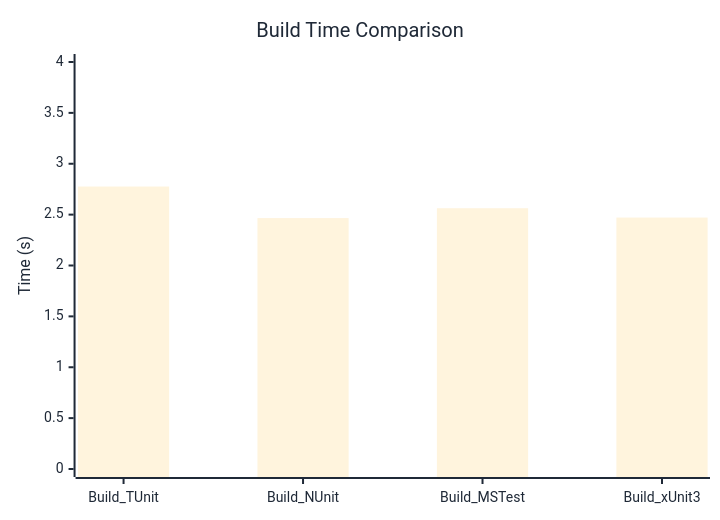
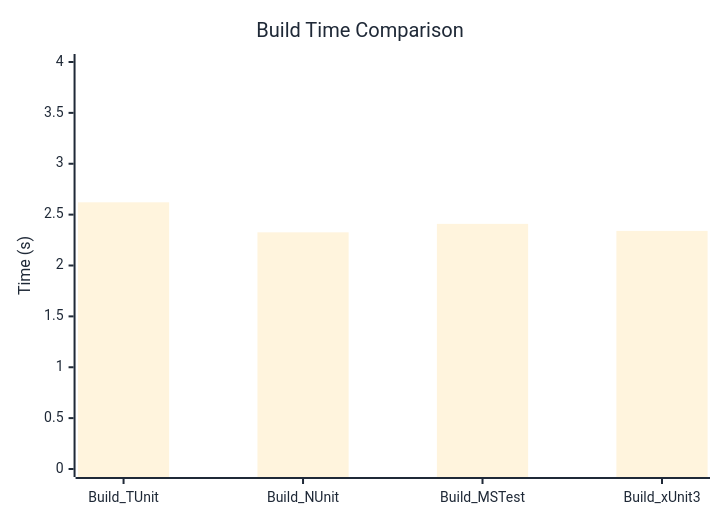
One commit to thomhurst/TUnit changed the diagram in docs/docs/benchmarks/BuildTime.md. Above: the diagram before and after it, drawn with Mermaid. The commit also changed other lines of this file and 17 other files, not shown here.

````diff
--- a/docs/docs/benchmarks/BuildTime.md
+++ b/docs/docs/benchmarks/BuildTime.md
@@ -28,37 +28,37 @@
 ```mermaid
 %%{init: {
   'theme':'base',
   'themeVariables': {
     'primaryColor': '#2563eb',
     'primaryTextColor': '#1f2937',
     'primaryBorderColor': '#1e40af',
     'lineColor': '#6b7280',
     'secondaryColor': '#7c3aed',
     'tertiaryColor': '#dc2626',
     'background': '#ffffff',
     'mainBkg': '#2563eb',
     'secondBkg': '#7c3aed',
     'tertiaryBkg': '#dc2626',
     'clusterBkg': '#f3f4f6',
     'edgeLabelBackground': '#ffffff',
     'tertiaryTextColor': '#1f2937',
     'pie1': '#2563eb',
     'pie2': '#7c3aed',
     'pie3': '#dc2626',
     'pie4': '#f59e0b',
     'pie5': '#10b981',
     'pie6': '#06b6d4',
     'pie7': '#ec4899',
     'pie8': '#6366f1',
     'pie9': '#84cc16',
     'pie10': '#f97316',
     'pie11': '#14b8a6',
     'pie12': '#a855f7'
   }
 }}%%
 xychart-beta
   title "Build Time Comparison"
   x-axis ["Build_TUnit", "Build_NUnit", "Build_MSTest", "Build_xUnit3"]
   y-axis "Time (s)" 0 --> 4
-  bar [2.776, 2.466, 2.563, 2.471]
+  bar [2.621, 2.326, 2.409, 2.34]
 ```
````
